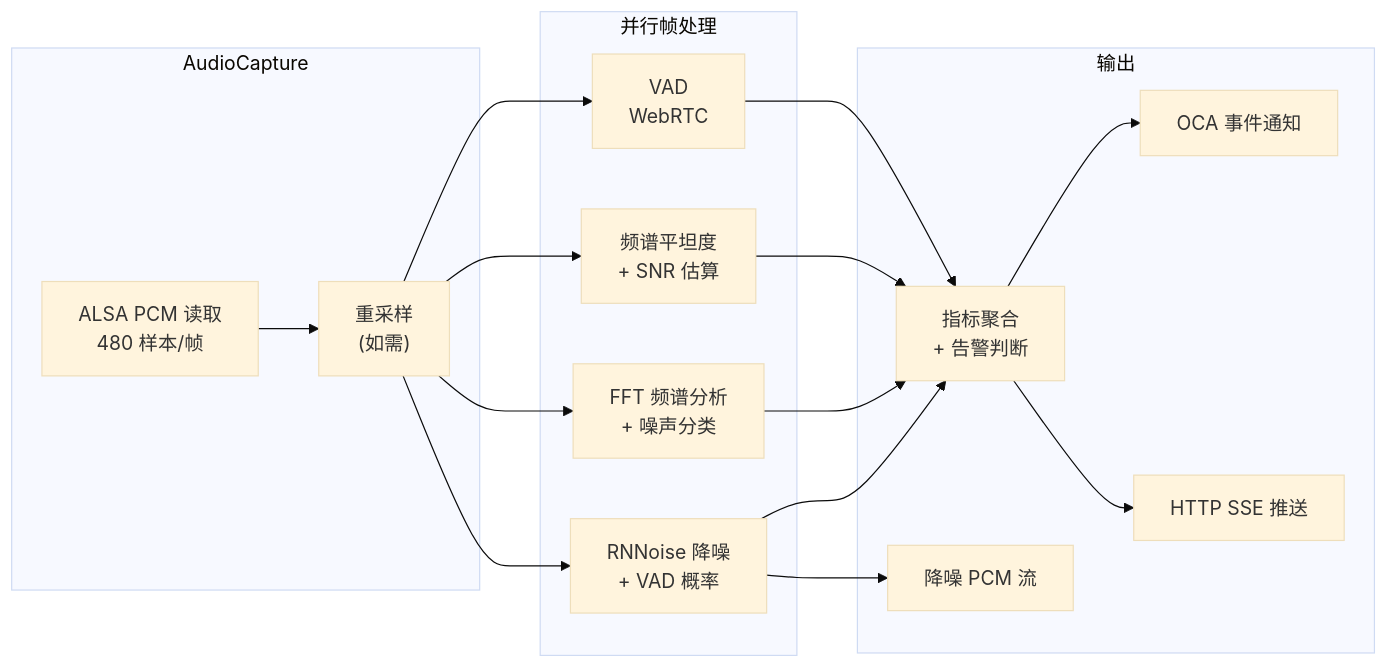
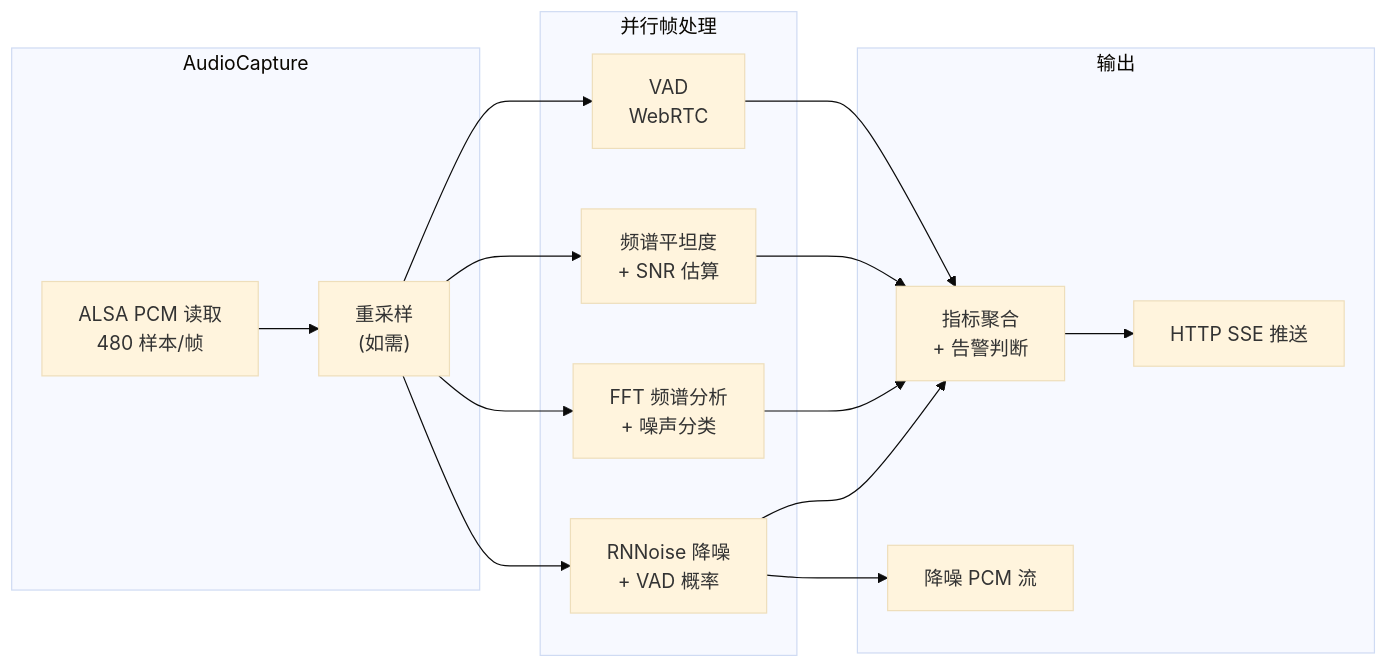
Before and after one commit to JunJunHub/aes67-linux-daemon: the fifth of 5 diagrams in docs/noise/architecture-design.md, drawn with Mermaid (base theme). The commit also changed other lines of this file and 2 other files, not shown here.

First line of the commit message:
docs(noise): 噪声参数与结果上报统一改用 HTTP，移除 OCA 扩展设计

````diff
--- a/docs/noise/architecture-design.md
+++ b/docs/noise/architecture-design.md
@@ -642,34 +585,32 @@
 ```mermaid
 flowchart LR
     subgraph 截取["AudioCapture"]
         ALSA_R["ALSA PCM 读取<br/>480 样本/帧"]
         RESAMPLE["重采样<br/>(如需)"]
         ALSA_R --> RESAMPLE
     end
 
     subgraph 并行处理["并行帧处理"]
         VAD["VAD<br/>WebRTC"]
         SF["频谱平坦度<br/>+ SNR 估算"]
         FFT["FFT 频谱分析<br/>+ 噪声分类"]
         RNN["RNNoise 降噪<br/>+ VAD 概率"]
     end
 
     subgraph 输出["输出"]
         METRICS["指标聚合<br/>+ 告警判断"]
-        OCA_NTF["OCA 事件通知"]
         HTTP_SSE["HTTP SSE 推送"]
         PCM_OUT["降噪 PCM 流"]
     end
 
     RESAMPLE --> VAD
     RESAMPLE --> SF
     RESAMPLE --> FFT
     RESAMPLE --> RNN
     VAD --> METRICS
     SF --> METRICS
     FFT --> METRICS
     RNN --> METRICS
     RNN --> PCM_OUT
-    METRICS --> OCA_NTF
     METRICS --> HTTP_SSE
 ```
````
